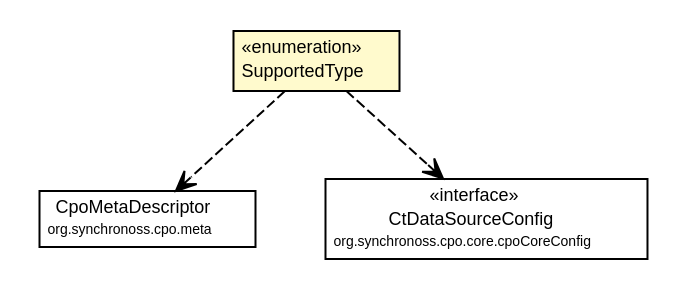
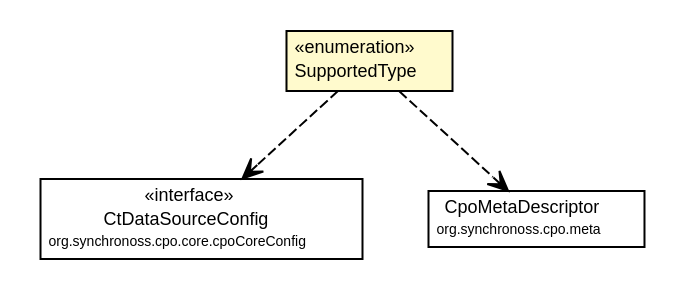
One commit to synchronoss/cpo-util changed the diagram in site/apidocs/org/synchronoss/cpo/util/SupportedType.dot. Above: the diagram before and after it, drawn with Graphviz. The commit also changed 233 other files, not shown here.

Commit message:
Creating site for cpoUtil, 5.2.1-SNAPSHOT

```diff
--- a/site/apidocs/org/synchronoss/cpo/util/SupportedType.dot
+++ b/site/apidocs/org/synchronoss/cpo/util/SupportedType.dot
@@ -1,38 +1,38 @@
 #!/usr/local/bin/dot
 #
 # Class diagram 
 # Generated by UMLGraph version 5.1 (http://www.umlgraph.org/)
 #
 
 digraph G {
 	edge [fontname="Helvetica",fontsize=10,labelfontname="Helvetica",labelfontsize=10];
 	node [fontname="Helvetica",fontsize=10,shape=plaintext];
 	nodesep=0.25;
 	ranksep=0.5;
 	// org.synchronoss.cpo.util.SupportedType
 	c1028 [label=<<table title="org.synchronoss.cpo.util.SupportedType" border="0" cellborder="1" cellspacing="0" cellpadding="2" port="p" bgcolor="lemonChiffon" href="./SupportedType.html">
 		<tr><td><table border="0" cellspacing="0" cellpadding="1">
 <tr><td align="center" balign="center"> &#171;enumeration&#187; </td></tr>
 <tr><td align="center" balign="center"> SupportedType </td></tr>
 		</table></td></tr>
 		</table>>, fontname="Helvetica", fontcolor="black", fontsize=9.0];
+	// org.synchronoss.cpo.util.SupportedType DEPEND org.synchronoss.cpo.core.cpoCoreConfig.CtDataSourceConfig
+	c1028:p -> c1094:p [taillabel="", label="", headlabel="", fontname="Helvetica", fontcolor="black", fontsize=10.0, color="black", arrowhead=open, style=dashed];
 	// org.synchronoss.cpo.util.SupportedType DEPEND org.synchronoss.cpo.meta.CpoMetaDescriptor
-	c1028:p -> c1102:p [taillabel="", label="", headlabel="", fontname="Helvetica", fontcolor="black", fontsize=10.0, color="black", arrowhead=open, style=dashed];
-	// org.synchronoss.cpo.util.SupportedType DEPEND org.synchronoss.cpo.core.cpoCoreConfig.CtDataSourceConfig
 	c1028:p -> c1103:p [taillabel="", label="", headlabel="", fontname="Helvetica", fontcolor="black", fontsize=10.0, color="black", arrowhead=open, style=dashed];
 	// org.synchronoss.cpo.core.cpoCoreConfig.CtDataSourceConfig
-	c1103 [label=<<table title="org.synchronoss.cpo.core.cpoCoreConfig.CtDataSourceConfig" border="0" cellborder="1" cellspacing="0" cellpadding="2" port="p" href="http://java.sun.com/j2se/1.4.2/docs/api/org/synchronoss/cpo/core/cpoCoreConfig/CtDataSourceConfig.html">
+	c1094 [label=<<table title="org.synchronoss.cpo.core.cpoCoreConfig.CtDataSourceConfig" border="0" cellborder="1" cellspacing="0" cellpadding="2" port="p" href="http://java.sun.com/j2se/1.4.2/docs/api/org/synchronoss/cpo/core/cpoCoreConfig/CtDataSourceConfig.html">
 		<tr><td><table border="0" cellspacing="0" cellpadding="1">
 <tr><td align="center" balign="center"> &#171;interface&#187; </td></tr>
 <tr><td align="center" balign="center"> CtDataSourceConfig </td></tr>
 <tr><td align="center" balign="center"><font point-size="7.0"> org.synchronoss.cpo.core.cpoCoreConfig </font></td></tr>
 		</table></td></tr>
 		</table>>, fontname="Helvetica", fontcolor="black", fontsize=9.0];
 	// org.synchronoss.cpo.meta.CpoMetaDescriptor
-	c1102 [label=<<table title="org.synchronoss.cpo.meta.CpoMetaDescriptor" border="0" cellborder="1" cellspacing="0" cellpadding="2" port="p" href="http://java.sun.com/j2se/1.4.2/docs/api/org/synchronoss/cpo/meta/CpoMetaDescriptor.html">
+	c1103 [label=<<table title="org.synchronoss.cpo.meta.CpoMetaDescriptor" border="0" cellborder="1" cellspacing="0" cellpadding="2" port="p" href="http://java.sun.com/j2se/1.4.2/docs/api/org/synchronoss/cpo/meta/CpoMetaDescriptor.html">
 		<tr><td><table border="0" cellspacing="0" cellpadding="1">
 <tr><td align="center" balign="center"> CpoMetaDescriptor </td></tr>
 <tr><td align="center" balign="center"><font point-size="7.0"> org.synchronoss.cpo.meta </font></td></tr>
 		</table></td></tr>
 		</table>>, fontname="Helvetica", fontcolor="black", fontsize=9.0];
 }
```
